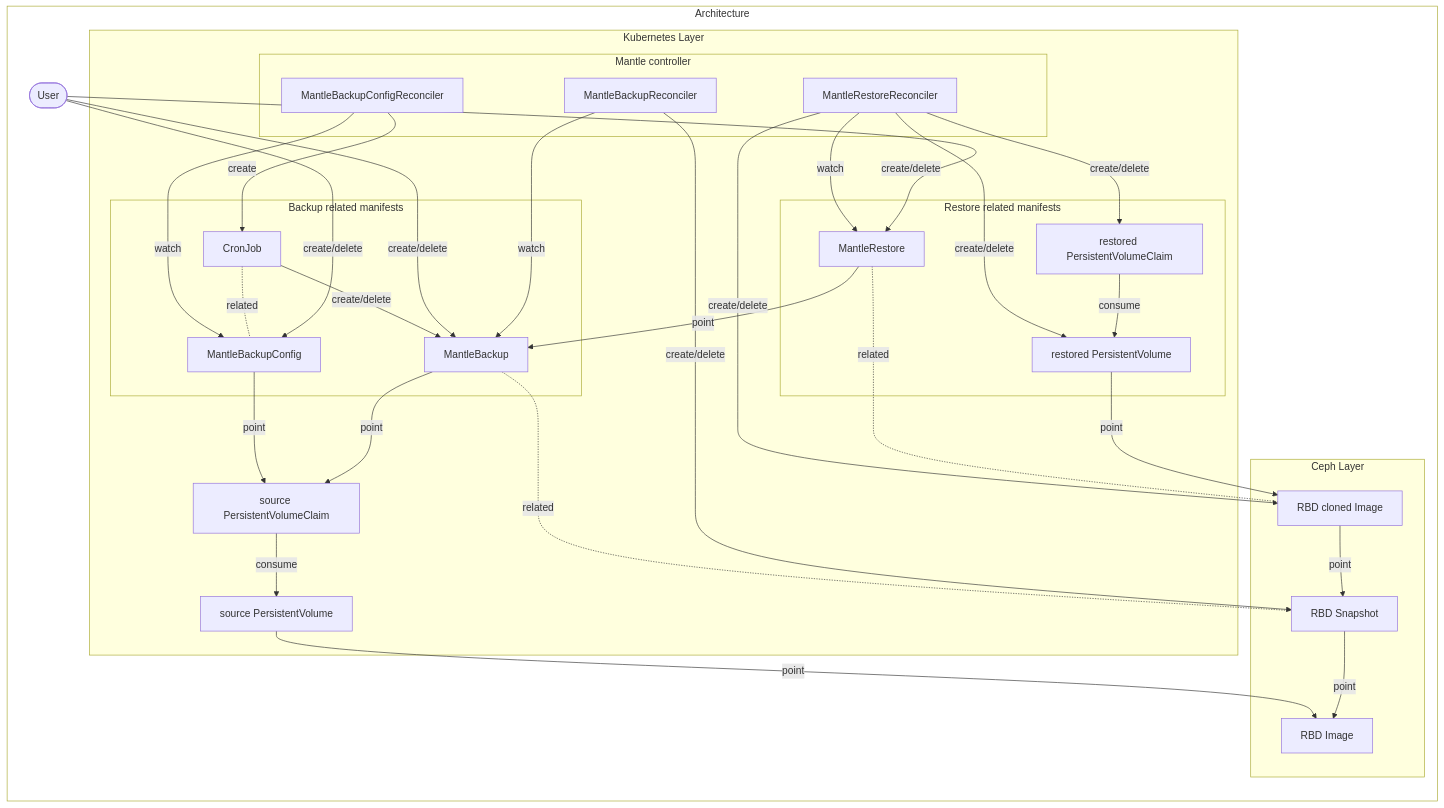
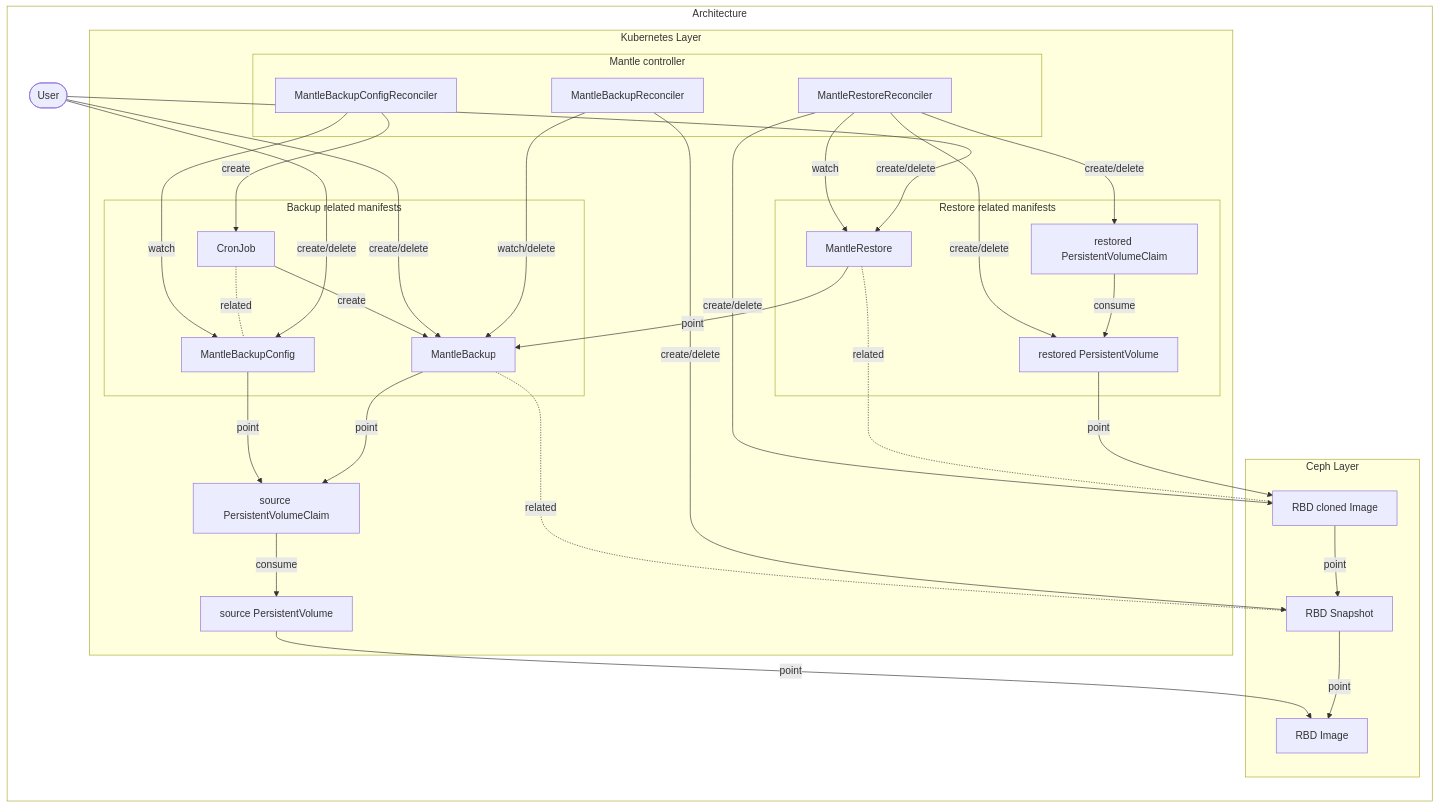
The diagram in docs/design.md (cybozu-go/mantle), drawn with Mermaid before and after one commit. The commit also changed other lines of this file, not shown here.

````diff
--- a/docs/design.md
+++ b/docs/design.md
@@ -18,73 +18,73 @@
 ```mermaid
 %%{init:{'theme': 'default'}}%%
 
 flowchart LR
 
     style Architecture fill:#FFFFFF
 
     USER([User])
 
     subgraph Architecture
 
       %% restore
       MR -- point --> MB
       MRR -- watch --> MR
       MRR -- create/delete --> RC
       MRR -- create/delete --> RES_PVC
       MRR -- create/delete --> RES_PV
       USER -- create/delete --> MR
       RES_PVC -- consume --> RES_PV
       MR -.-|related| RC
       RES_PV -- point --> RC
       RC -- point --> RS
 
       %% backup config
-      MBCCronJob -- create/delete --> MB
+      MBCCronJob -- create --> MB
       MBCR -- watch --> MBC
       MBC -- point --> SRC_PVC
       MBCR -- create --> MBCCronJob
       MBCCronJob -.-|related| MBC
       
       %% backup
       MB -.-|related| RS
       USER -- create/delete --> MB
-      MBR -- watch --> MB
+      MBR -- watch/delete --> MB
       MB -- point --> SRC_PVC
       SRC_PVC -- consume --> SRC_PV
       USER -- create/delete --> MBC
       MBR -- create/delete --> RS
       SRC_PV -- point --> RI
       RS -- point --> RI
 
 
       subgraph Ceph Layer
         RI[RBD Image]
         RS[RBD Snapshot]
         RC[RBD cloned Image]
       end
 
       subgraph Kubernetes Layer
         
         SRC_PVC[source PersistentVolumeClaim]
         SRC_PV[source PersistentVolume]
 
         subgraph Mantle controller
           MBCR[MantleBackupConfigReconciler]
           MBR[MantleBackupReconciler]
           MRR[MantleRestoreReconciler]
         end
 
         subgraph Backup related manifests
           MBC[MantleBackupConfig]
           MBCCronJob[CronJob]
           MB[MantleBackup]
         end
 
         subgraph Restore related manifests
           MR[MantleRestore]
           RES_PVC[restored PersistentVolumeClaim]
           RES_PV[restored PersistentVolume]
         end
       end
     end
 ```
````
